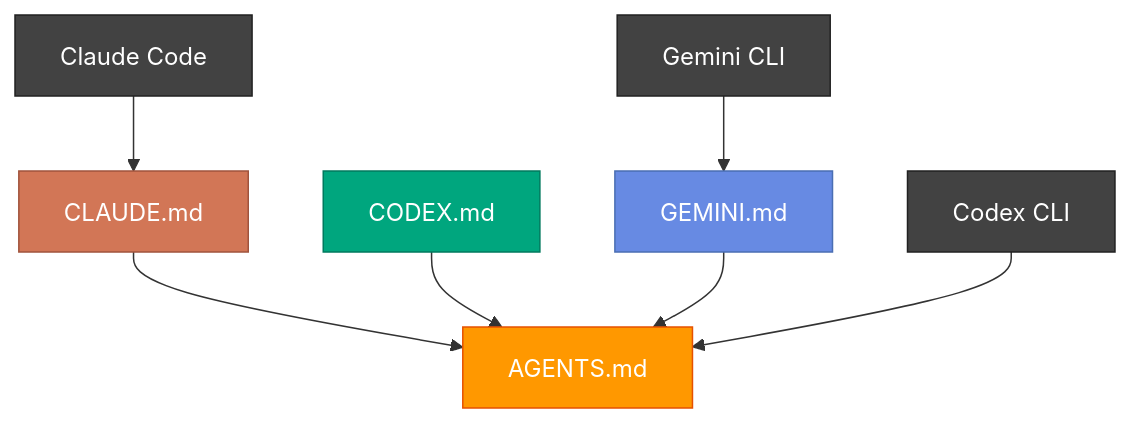
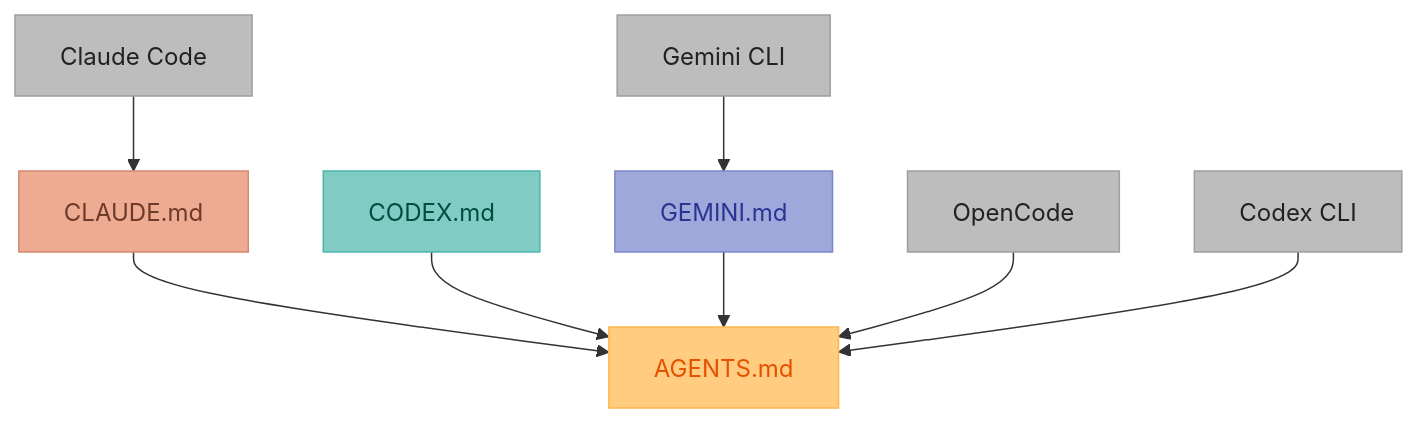
Before and after one commit to Olshansk/agent-md: the second of 3 diagrams in README.md, drawn with Mermaid. The commit also changed other lines of this file and 1 other file, not shown here.

Commit message:
Adding support for codex

````diff
--- a/README.md
+++ b/README.md
@@ -169,17 +176,18 @@
 ```mermaid
 graph TD
     A[AGENTS.md]:::agents
     B[CLAUDE.md]:::claude --> A
     C[CODEX.md]:::codex --> A
     D[GEMINI.md]:::gemini --> A
 
     E[Claude Code]:::tool --> B
-    F[Codex CLI]:::tool --> A
-    G[Gemini CLI]:::tool --> D
+    F[OpenCode]:::tool --> A
+    G[Codex CLI]:::tool --> A
+    H[Gemini CLI]:::tool --> D
 
-    classDef agents fill:#FF9800,color:#fff,stroke:#E65100
-    classDef claude fill:#D27656,color:#fff,stroke:#A0533C
-    classDef codex fill:#00A67E,color:#fff,stroke:#007A5E
-    classDef gemini fill:#678AE3,color:#fff,stroke:#4A6EB3
-    classDef tool fill:#424242,color:#fff,stroke:#212121
+    classDef agents fill:#FFCC80,color:#E65100,stroke:#FFB74D
+    classDef claude fill:#EDAB91,color:#6D3A2A,stroke:#D4896E
+    classDef codex fill:#80CBC4,color:#004D40,stroke:#4DB6AC
+    classDef gemini fill:#9FA8DA,color:#283593,stroke:#7986CB
+    classDef tool fill:#BDBDBD,color:#212121,stroke:#9E9E9E
 ```
````
